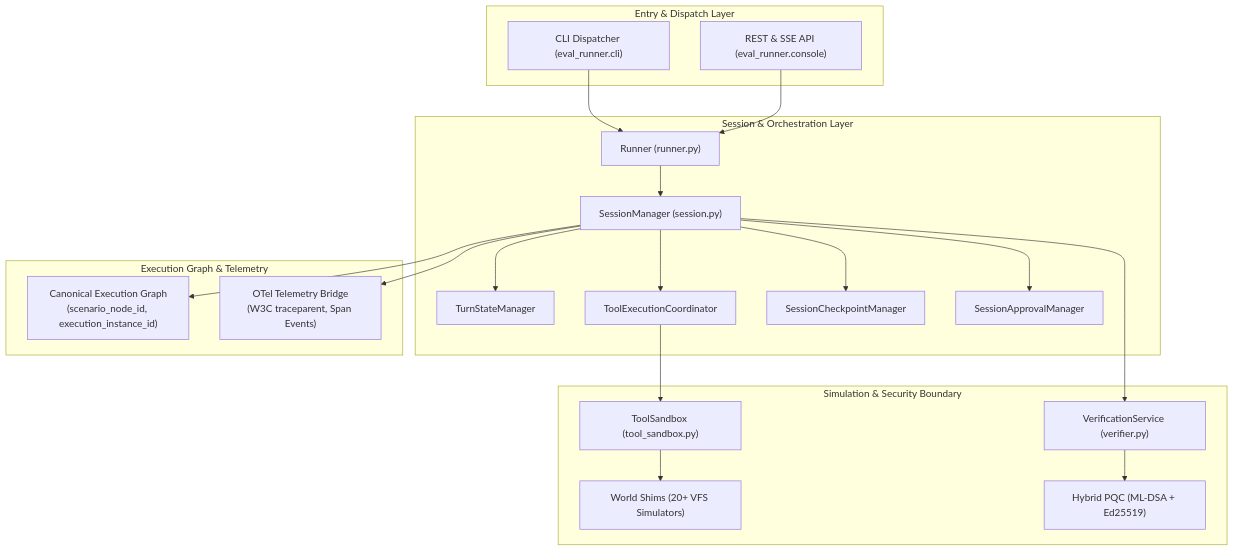
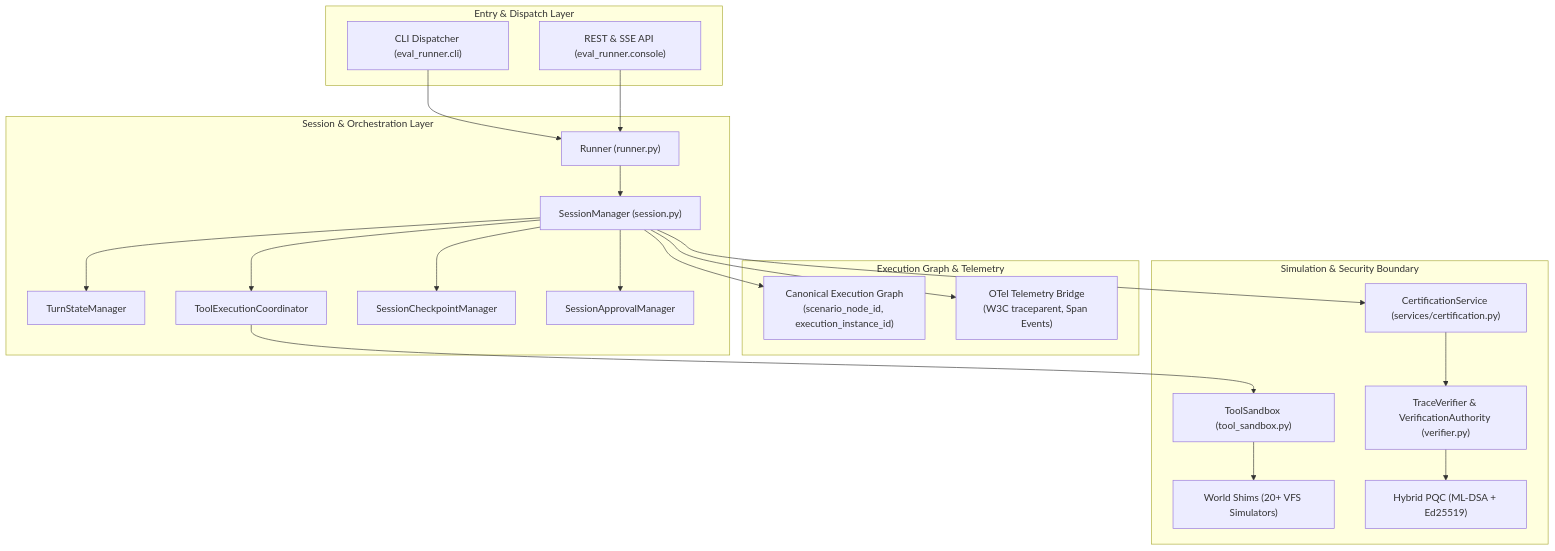
One commit to najeed/ai-agent-eval-harness changed the diagram in docs/src/content/docs/builder/architecture.md. Above: the diagram before and after it, drawn with Mermaid. The commit also changed other lines of this file and 28 other files, not shown here.

````diff
--- a/docs/src/content/docs/builder/architecture.md
+++ b/docs/src/content/docs/builder/architecture.md
@@ -8,42 +8,44 @@
 ```mermaid
 graph TD
     subgraph "Entry & Dispatch Layer"
         CLI["CLI Dispatcher (eval_runner.cli)"]
         API["REST & SSE API (eval_runner.console)"]
     end
 
     subgraph "Session & Orchestration Layer"
         Runner["Runner (runner.py)"]
         Session["SessionManager (session.py)"]
         TSM["TurnStateManager"]
         TEC["ToolExecutionCoordinator"]
         SCM["SessionCheckpointManager"]
         SAM["SessionApprovalManager"]
     end
 
     subgraph "Execution Graph & Telemetry"
         Graph["Canonical Execution Graph<br/>(scenario_node_id, execution_instance_id)"]
         OTel["OTel Telemetry Bridge<br/>(W3C traceparent, Span Events)"]
     end
 
     subgraph "Simulation & Security Boundary"
         Sandbox["ToolSandbox (tool_sandbox.py)"]
         Shims["World Shims (20+ VFS Simulators)"]
-        Verifier["VerificationService (verifier.py)"]
+        Verifier["TraceVerifier & VerificationAuthority (verifier.py)"]
+        Cert["CertificationService (services/certification.py)"]
         PQC["Hybrid PQC (ML-DSA + Ed25519)"]
     end
 
     CLI --> Runner
     API --> Runner
     Runner --> Session
     Session --> TSM
     Session --> TEC
     Session --> SCM
     Session --> SAM
     TEC --> Sandbox
     Sandbox --> Shims
     Session --> Graph
     Session --> OTel
-    Session --> Verifier
+    Session --> Cert
+    Cert --> Verifier
     Verifier --> PQC
 ```
````
